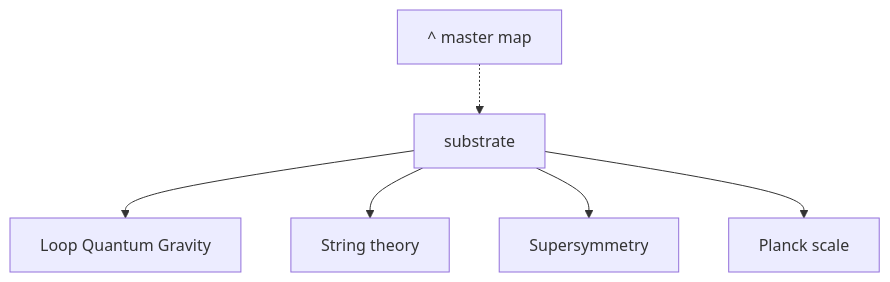
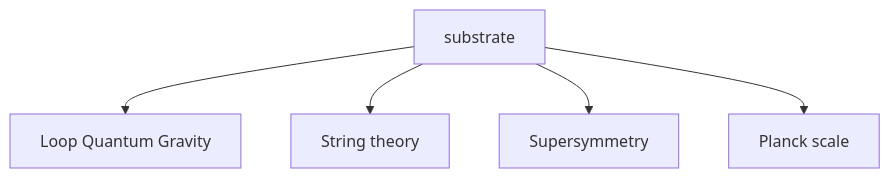
One commit to jimscarver/quantum-logical-framework changed the ninth of 11 diagrams in FlowChart.md. Above: the diagram before and after it, drawn with Mermaid. The commit also changed other lines of this file, not shown here.

First line of the commit message:
FlowChart.md: drop sub-chart hub nodes + parentheses (GitHub render fixes)

````diff
--- a/FlowChart.md
+++ b/FlowChart.md
@@ -196,8 +196,8 @@
 ```mermaid
 flowchart TD
-  H8["^ master map"] -.-> S["substrate"]
+  S["substrate"]
   S --> LQ["Loop Quantum Gravity"]
   S --> ST["String theory"]
   S --> SU["Supersymmetry"]
   S --> PL["Planck scale"]
 ```
````
